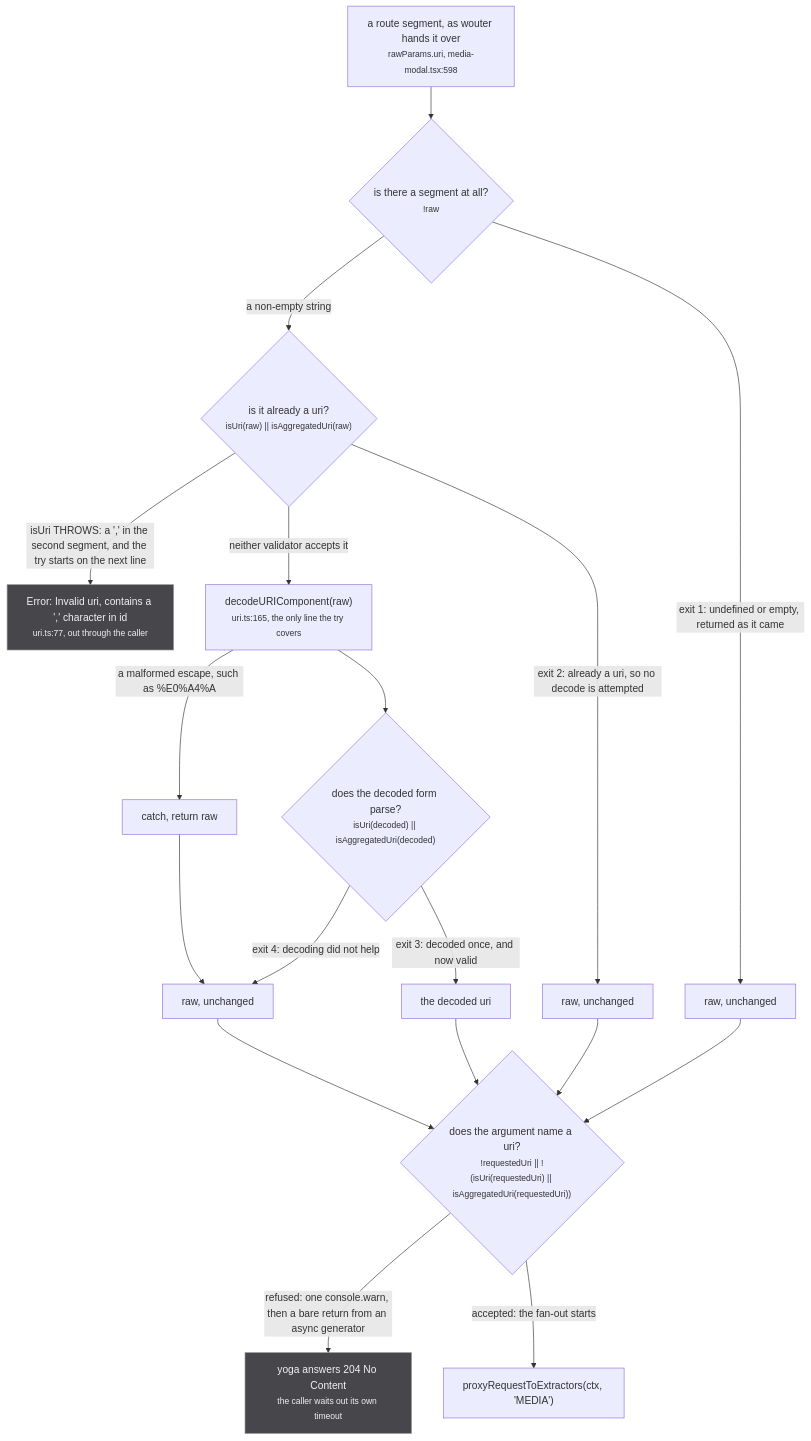
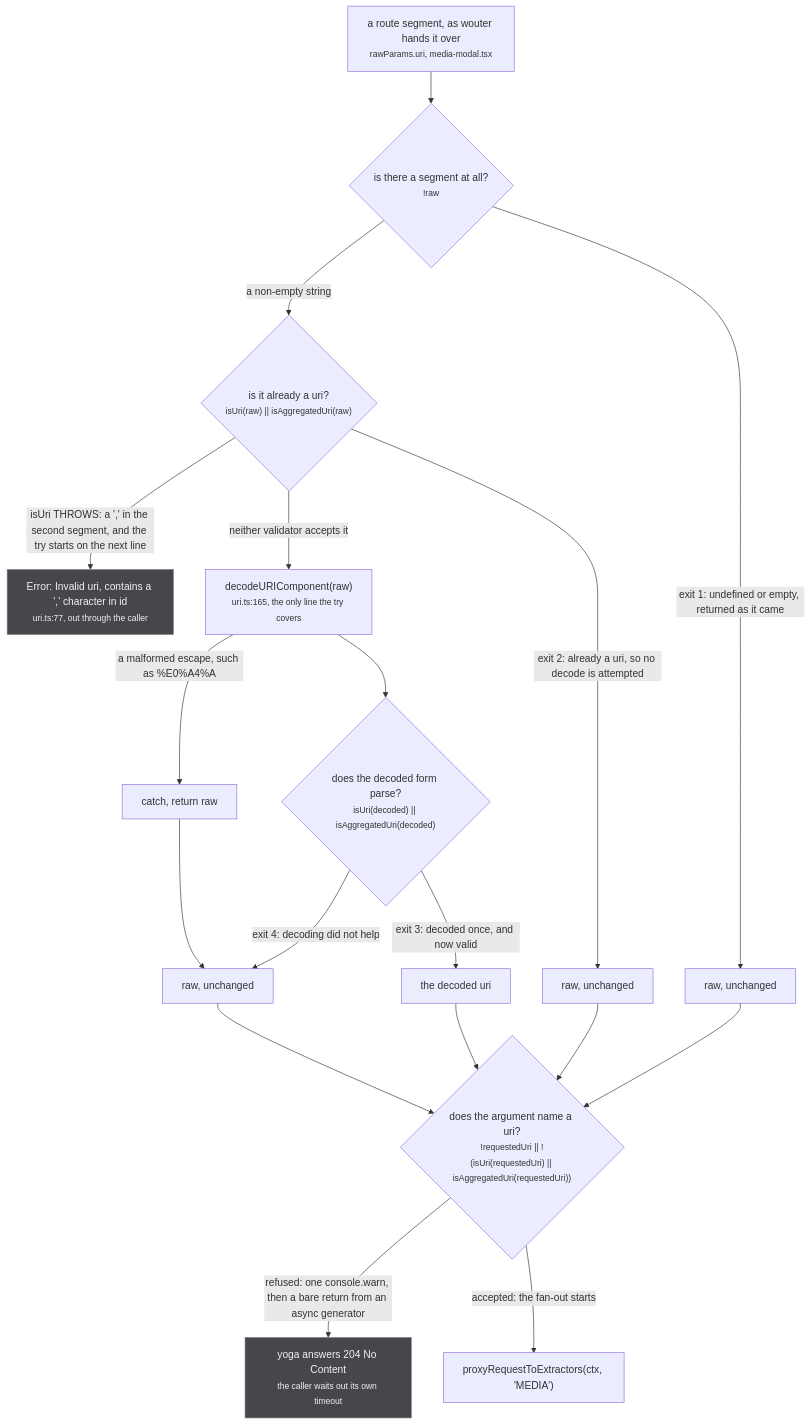
One commit to banou26/stub changed the second of 3 diagrams in docs/src/content/docs/invariants/uris.md. Above: the diagram before and after it, drawn with Mermaid. The commit also changed other lines of this file and 67 other files, not shown here.

````diff
--- a/docs/src/content/docs/invariants/uris.md
+++ b/docs/src/content/docs/invariants/uris.md
@@ -137,25 +137,25 @@
 ```mermaid
 flowchart TD
-  RAW["a route segment, as wouter hands it over<br/><small>rawParams.uri, media-modal.tsx:598</small>"] --> G1{"is there a segment at all?<br/><small>!raw</small>"}
+  RAW["a route segment, as wouter hands it over<br/><small>rawParams.uri, media-modal.tsx</small>"] --> G1{"is there a segment at all?<br/><small>!raw</small>"}
   G1 -->|"exit 1: undefined or empty, returned as it came"| X1["raw, unchanged"]
   G1 -->|"a non-empty string"| G2{"is it already a uri?<br/><small>isUri(raw) || isAggregatedUri(raw)</small>"}
   G2 -->|"exit 2: already a uri, so no decode is attempted"| X2["raw, unchanged"]
   G2 -->|"isUri THROWS: a ',' in the second segment, and the try starts on the next line"| THROW["Error: Invalid uri, contains a ',' character in id<br/><small>uri.ts:77, out through the caller</small>"]
   G2 -->|"neither validator accepts it"| TRY["decodeURIComponent(raw)<br/><small>uri.ts:165, the only line the try covers</small>"]
   TRY -->|"a malformed escape, such as %E0%A4%A"| CATCH["catch, return raw"]
   TRY --> G3{"does the decoded form parse?<br/><small>isUri(decoded) || isAggregatedUri(decoded)</small>"}
   G3 -->|"exit 3: decoded once, and now valid"| X3["the decoded uri"]
   G3 -->|"exit 4: decoding did not help"| X4["raw, unchanged"]
   CATCH --> X4
   X1 --> GATE{"does the argument name a uri?<br/><small>!requestedUri || !(isUri(requestedUri) || isAggregatedUri(requestedUri))</small>"}
   X2 --> GATE
   X3 --> GATE
   X4 --> GATE
   GATE -->|"refused: one console.warn, then a bare return from an async generator"| R204["yoga answers 204 No Content<br/><small>the caller waits out its own timeout</small>"]
   GATE -->|"accepted: the fan-out starts"| OK["proxyRequestToExtractors(ctx, 'MEDIA')"]
   classDef irrev fill:#b03f33,stroke:#e0796f,color:#ffffff
   classDef ratchet fill:#8f5a0e,stroke:#f2b45c,color:#ffffff
   classDef view fill:#4572b5,stroke:#8db0de,color:#ffffff
   classDef refuse fill:#46464b,stroke:#8b8c93,color:#f2f2f4
   class R204,THROW refuse
 ```
````
